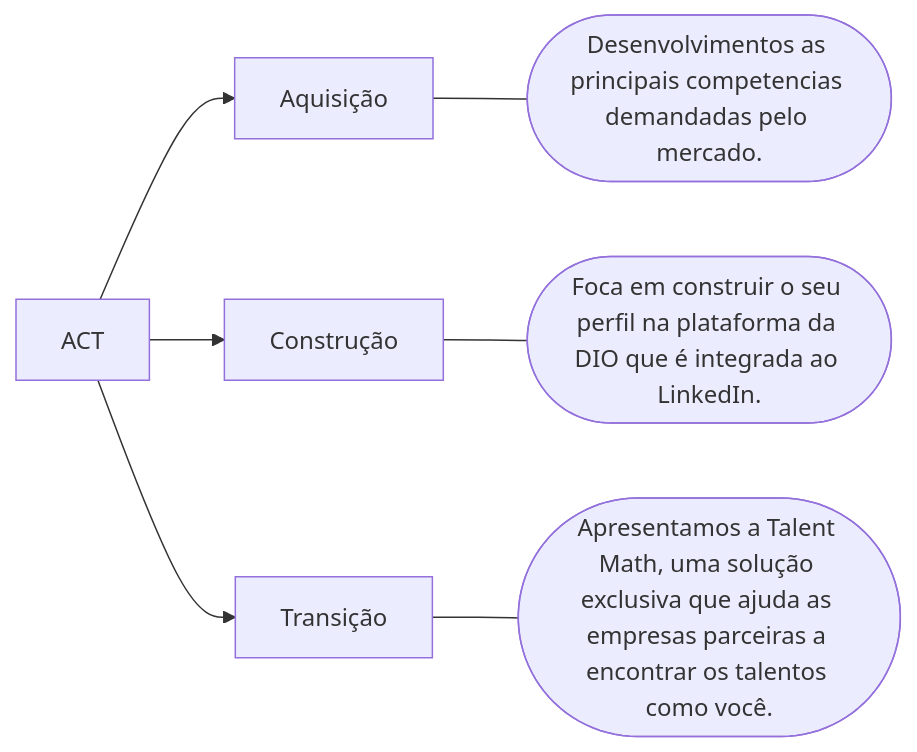
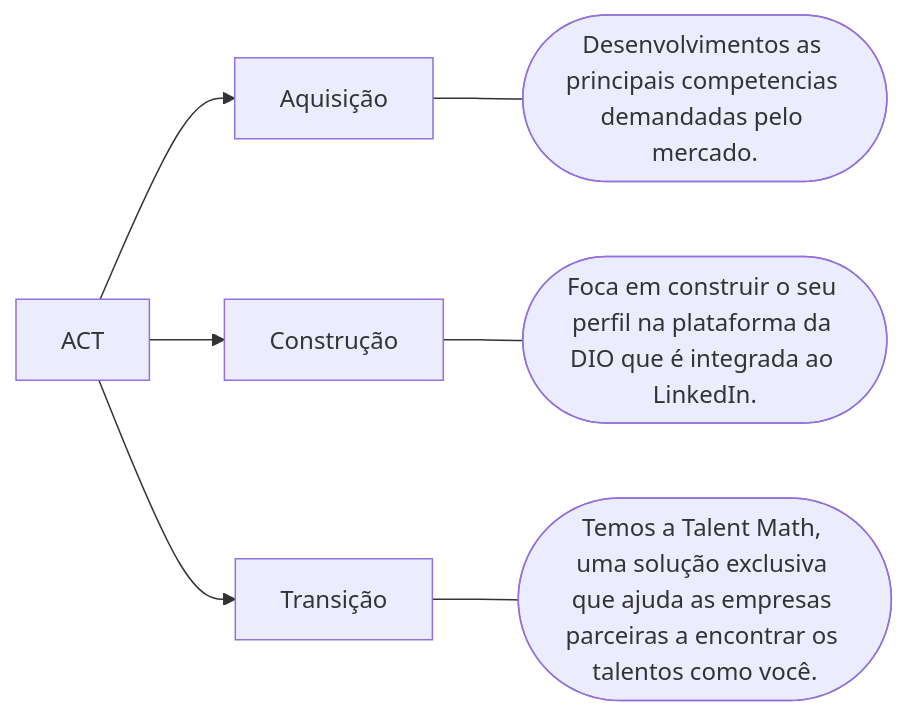
Before and after one commit to joeywheelersam/Java-AI-Powered: the third of 3 diagrams in Módulo 1/01. Educação Gratuita e Empregabilidade Juntas.md, drawn with Mermaid. The commit also changed other lines of this file, not shown here.

Commit message:
Testando o justify para justificar o texto.

````diff
--- a/Módulo 1/01. Educação Gratuita e Empregabilidade Juntas.md
+++ b/Módulo 1/01. Educação Gratuita e Empregabilidade Juntas.md
@@ -40,9 +40,9 @@
 ```mermaid
 flowchart LR;
     ACT --> Aquisição;
     Aquisição --- A([Desenvolvimentos as principais competencias demandadas pelo mercado.]);
     ACT --> Construção;
     Construção --- C([Foca em construir o seu perfil na plataforma da DIO que é integrada ao LinkedIn.]);
     ACT --> Transição;
-    Transição --- T([Apresentamos a Talent Math, uma solução exclusiva que ajuda as empresas parceiras a encontrar os talentos como você.]);
+    Transição --- T([Temos a Talent Math, uma solução exclusiva que ajuda as empresas parceiras a encontrar os talentos como você.]);
 ```
````
